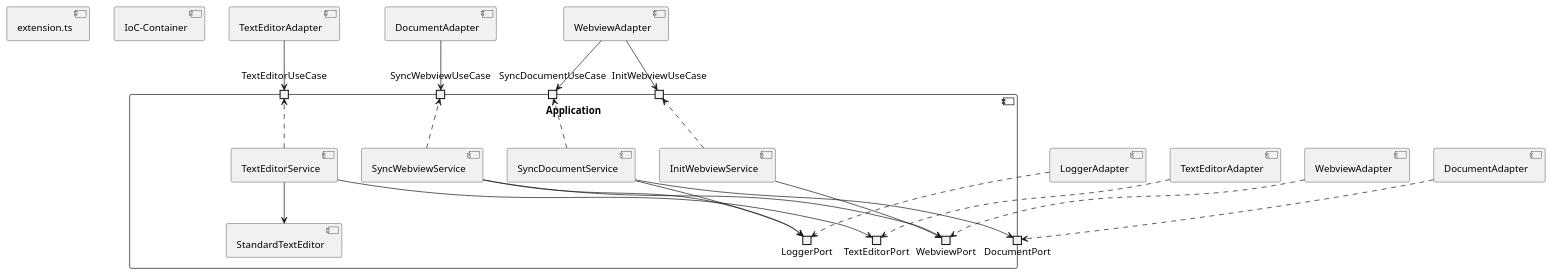
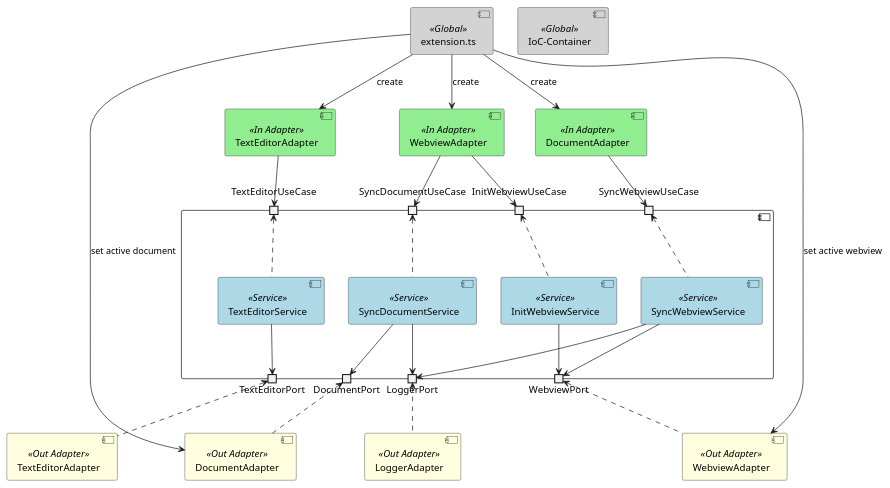
Before and after one commit to peterhnm/vscode-hexagonal-example: the diagram in docs/Architecture.puml, drawn with PlantUML. The commit also changed 1 other file, not shown here.

```diff
--- a/docs/Architecture.puml
+++ b/docs/Architecture.puml
@@ -1,59 +1,68 @@
 @startuml
 'https://plantuml.com/component-diagram
 
+skinparam component {
+  backgroundColor<<Global>> LightGray
+  backgroundColor<<In Adapter>> LightGreen
+  backgroundColor<<Service>> LightBlue
+  backgroundColor<<Out Adapter>> LightYellow
+}
 
-component extension.ts
-component "IoC-Container"
+component extension.ts <<Global>>
+component "IoC-Container" <<Global>>
 
-component "WebviewAdapter" as InWebviewAdapter
-component "DocumentAdapter" as InDocumentAdapter
-component "TextEditorAdapter" as InTextEditorAdapter
+component "WebviewAdapter" as InWebviewAdapter <<In Adapter>>
+component "DocumentAdapter" as InDocumentAdapter <<In Adapter>>
+component "TextEditorAdapter" as InTextEditorAdapter <<In Adapter>>
 
-component Application {
+component {
     portin InitWebviewUseCase
     portin SyncWebviewUseCase
     portin SyncDocumentUseCase
     portin TextEditorUseCase
 
     portout DocumentPort
     portout WebviewPort
     portout TextEditorPort
     portout LoggerPort
 
-    component InitWebviewService
-    component SyncWebviewService
-    component SyncDocumentService
-    component TextEditorService
-
-    component StandardTextEditor
+    component InitWebviewService <<Service>>
+    component SyncWebviewService <<Service>>
+    component SyncDocumentService <<Service>>
+    component TextEditorService <<Service>>
 }
 
-component "WebviewAdapter" as OutWebviewAdapter
-component "DocumentAdapter" as OutDocumentAdapter
-component "TextEditorAdapter" as OutTextEditorAdapter
-component "LoggerAdapter" as OutLoggerAdapter
+component "WebviewAdapter" as OutWebviewAdapter <<Out Adapter>>
+component "DocumentAdapter" as OutDocumentAdapter <<Out Adapter>>
+component "TextEditorAdapter" as OutTextEditorAdapter <<Out Adapter>>
+component "LoggerAdapter" as OutLoggerAdapter <<Out Adapter>>
 
-TextEditorService --> StandardTextEditor
-
-InitWebviewService ..> InitWebviewUseCase
-InitWebviewService --> WebviewPort
-SyncWebviewService ..> SyncWebviewUseCase
-SyncWebviewService --> WebviewPort
-SyncWebviewService --> LoggerPort
-SyncDocumentService ..> SyncDocumentUseCase
-SyncDocumentService --> DocumentPort
-SyncDocumentService --> LoggerPort
-TextEditorService ..> TextEditorUseCase
-TextEditorService --> TextEditorPort
+extension.ts --> InWebviewAdapter : create
+extension.ts --> InDocumentAdapter : create
+extension.ts --> InTextEditorAdapter : create
+extension.ts --> OutWebviewAdapter : set active webview
+extension.ts --> OutDocumentAdapter : set active document
 
 InWebviewAdapter --> InitWebviewUseCase
 InWebviewAdapter --> SyncDocumentUseCase
 InDocumentAdapter --> SyncWebviewUseCase
 InTextEditorAdapter --> TextEditorUseCase
 
-OutWebviewAdapter ..> WebviewPort
-OutDocumentAdapter ..> DocumentPort
-OutTextEditorAdapter ..> TextEditorPort
-OutLoggerAdapter ..> LoggerPort
+InitWebviewUseCase <.. InitWebviewService
+SyncWebviewUseCase <.. SyncWebviewService
+SyncDocumentUseCase <.. SyncDocumentService
+TextEditorUseCase <.. TextEditorService
+
+InitWebviewService --> WebviewPort
+SyncWebviewService --> WebviewPort
+SyncWebviewService --> LoggerPort
+SyncDocumentService --> DocumentPort
+SyncDocumentService --> LoggerPort
+TextEditorService --> TextEditorPort
+
+WebviewPort <.. OutWebviewAdapter
+DocumentPort <.. OutDocumentAdapter
+TextEditorPort <.. OutTextEditorAdapter
+LoggerPort <.. OutLoggerAdapter
 
 @enduml
```
